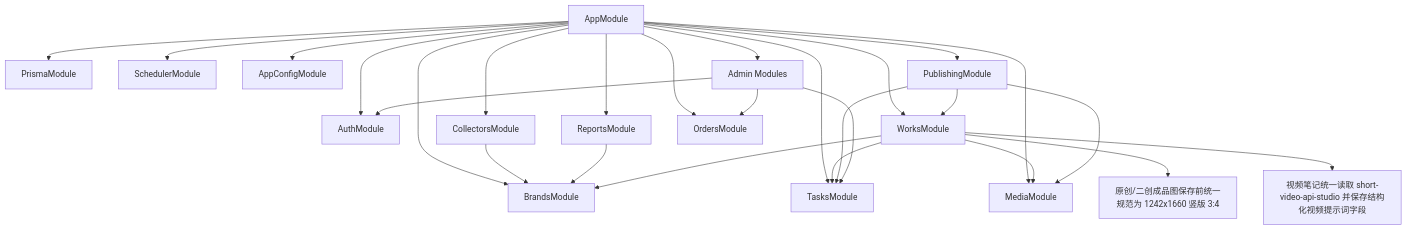
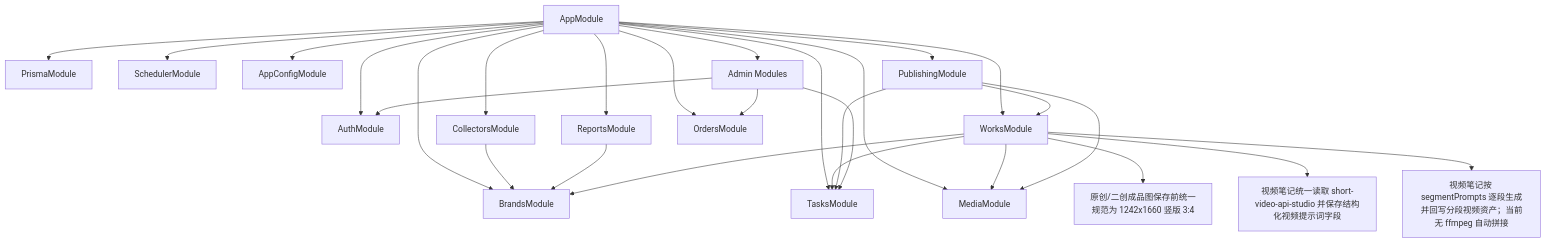
One commit to Depthukesh/ai-omni-ops-system changed the ninth of 11 diagrams in docs/site-map-mermaid.md. Above: the diagram before and after it, drawn with Mermaid. The commit also changed 4 other files, not shown here.

````diff
--- a/docs/site-map-mermaid.md
+++ b/docs/site-map-mermaid.md
@@ -365,32 +365,33 @@
 ```mermaid
 flowchart TD
     App["AppModule"]
     App --> Infra1["PrismaModule"]
     App --> Infra2["SchedulerModule"]
     App --> Infra3["AppConfigModule"]
 
     App --> M1["AuthModule"]
     App --> M2["BrandsModule"]
     App --> M3["CollectorsModule"]
     App --> M4["ReportsModule"]
     App --> M5["WorksModule"]
     App --> M6["PublishingModule"]
     App --> M7["TasksModule"]
     App --> M8["MediaModule"]
     App --> M9["OrdersModule"]
     App --> M10["Admin Modules"]
 
     M3 --> M2
     M4 --> M2
     M5 --> M2
     M5 --> M7
     M5 --> M8
     M5 --> M51["原创/二创成品图保存前统一规范为 1242x1660 竖版 3:4"]
     M5 --> M52["视频笔记统一读取 short-video-api-studio 并保存结构化视频提示词字段"]
+    M5 --> M53["视频笔记按 segmentPrompts 逐段生成并回写分段视频资产；当前无 ffmpeg 自动拼接"]
     M6 --> M5
     M6 --> M7
     M6 --> M8
     M10 --> M9
     M10 --> M1
     M10 --> M7
 ```
````
